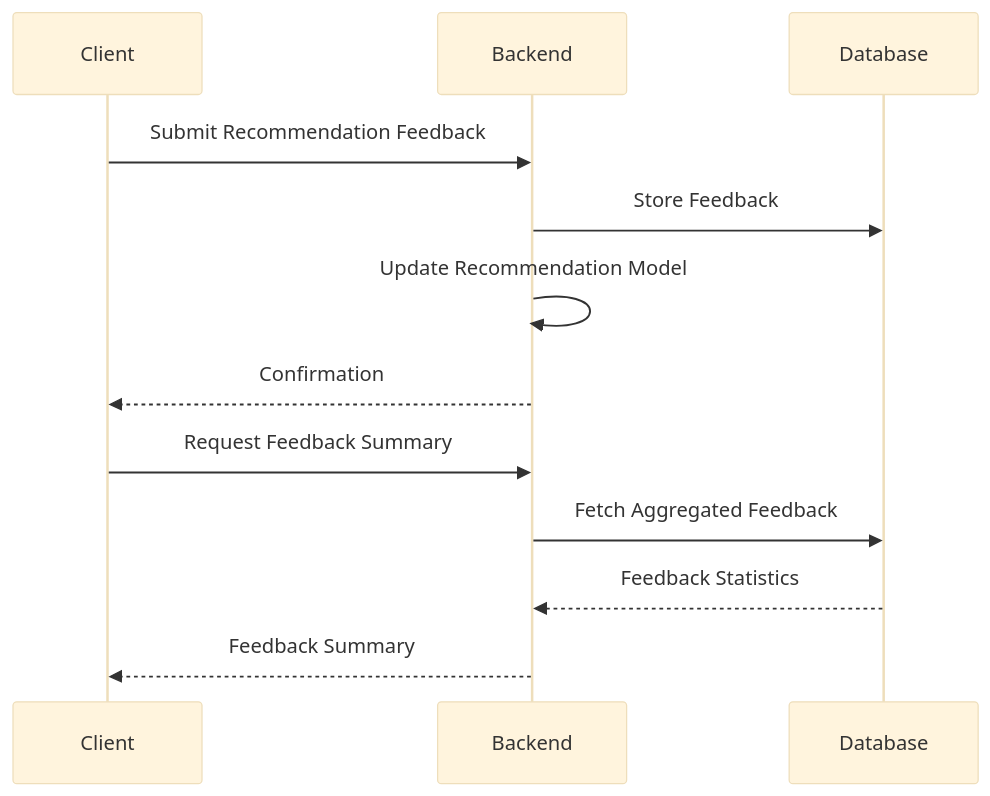
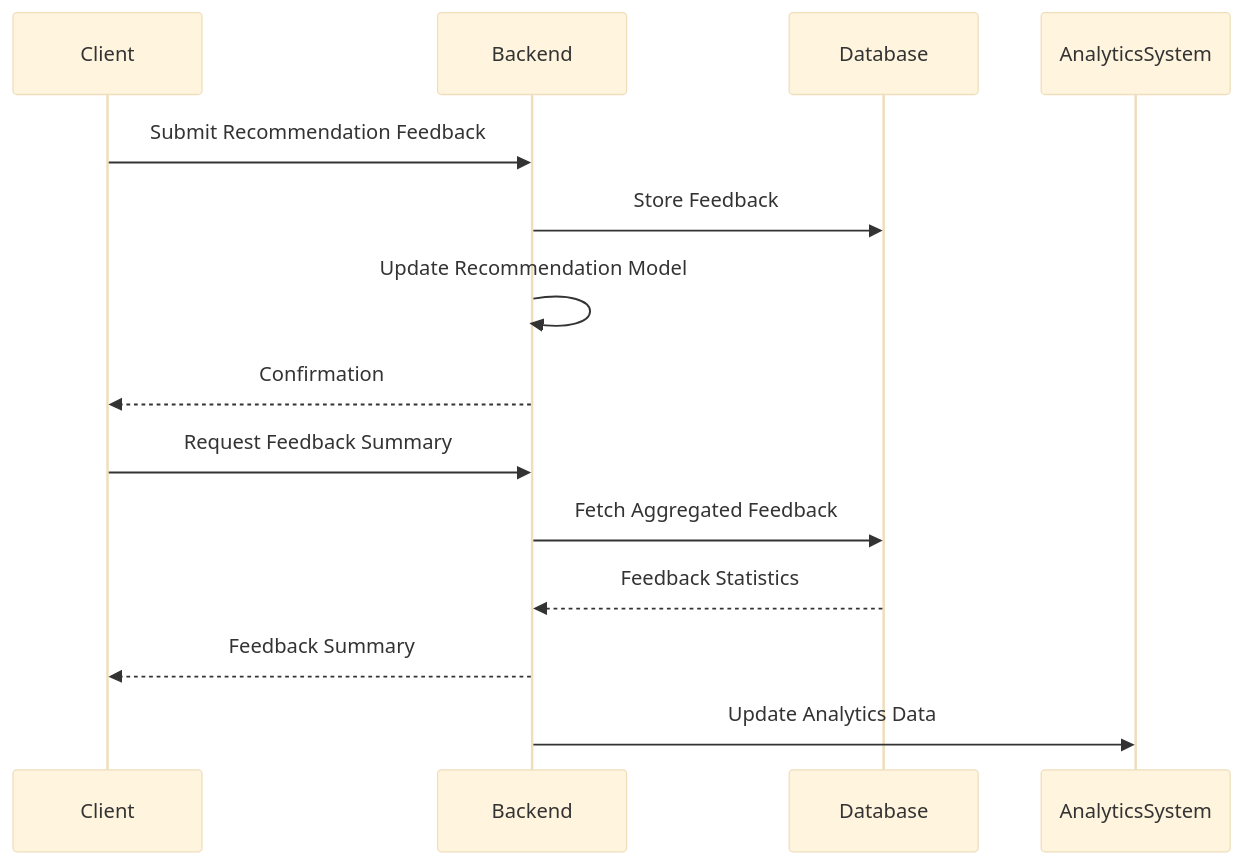
The fourth of 7 diagrams in memory-bank/systemPatterns.md (Tapas15/Lamma_recommender), drawn with Mermaid (base theme) before and after one commit. The commit also changed other lines of this file and 4 other files, not shown here.

````diff
--- a/memory-bank/systemPatterns.md
+++ b/memory-bank/systemPatterns.md
@@ -85,11 +114,12 @@
 ```mermaid
 sequenceDiagram
     Client->>Backend: Submit Recommendation Feedback
     Backend->>Database: Store Feedback
     Backend->>Backend: Update Recommendation Model
     Backend-->>Client: Confirmation
     Client->>Backend: Request Feedback Summary
     Backend->>Database: Fetch Aggregated Feedback
     Database-->>Backend: Feedback Statistics
     Backend-->>Client: Feedback Summary
+    Backend->>AnalyticsSystem: Update Analytics Data
 ```
````
